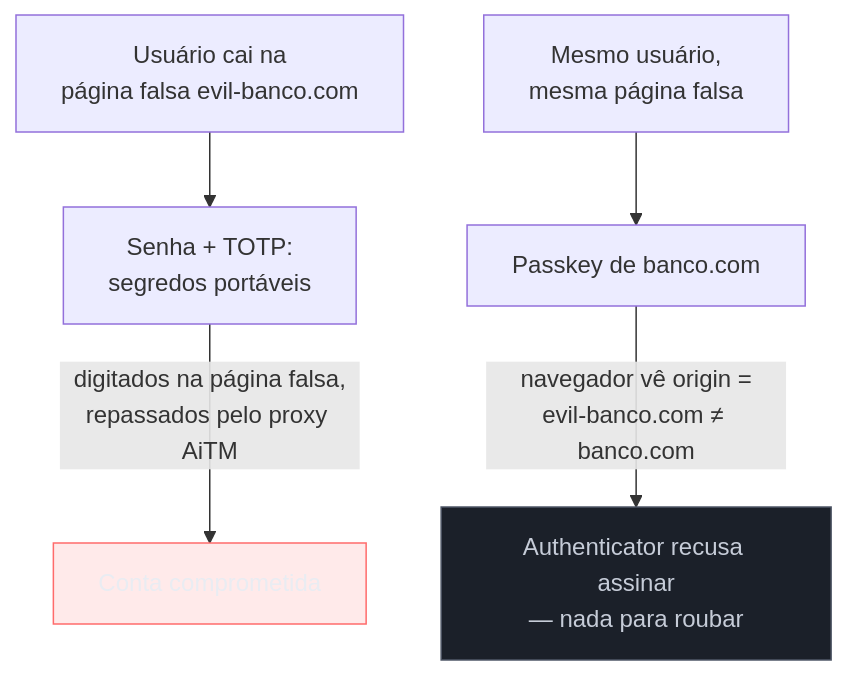
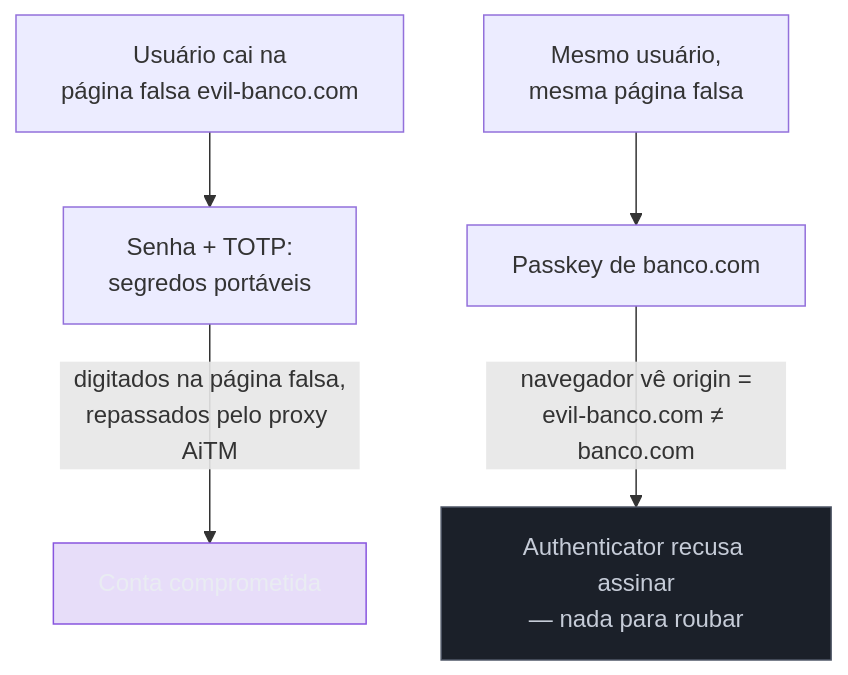
One commit to josenaldo/codex-technomanticus changed the second of 6 diagrams in 03-Dominios/Engenharia/Auth e Identidade/1 - Fundamentos de identidade/05 - Passkeys e WebAuthn — o presente sem senha.md. Above: the diagram before and after it, drawn with Mermaid. The commit also changed 601 other files, not shown here.

````diff
--- a/03-Dominios/Engenharia/Auth e Identidade/1 - Fundamentos de identidade/05 - Passkeys e WebAuthn — o presente sem senha.md
+++ b/03-Dominios/Engenharia/Auth e Identidade/1 - Fundamentos de identidade/05 - Passkeys e WebAuthn — o presente sem senha.md
@@ -78,13 +78,13 @@
 ```mermaid
 graph TD
-    classDef falha fill:#FF6B6B24,stroke:#FF6B6B,color:#E9ECF2
+    classDef marca fill:#8855DF33,stroke:#8855DF,color:#E9ECF2
     classDef neutro fill:#1B2029,stroke:#4E5666,color:#C6CCD8
     U["Usuário cai na<br/>página falsa evil-banco.com"] --> S["Senha + TOTP:<br/>segredos portáveis"]
     S -->|"digitados na página falsa,<br/>repassados pelo proxy AiTM"| ATO1["Conta comprometida"]
 
     U2["Mesmo usuário,<br/>mesma página falsa"] --> P["Passkey de banco.com"]
     P -->|"navegador vê origin =<br/>evil-banco.com ≠ banco.com"| Block["Authenticator recusa assinar<br/>— nada para roubar"]
 
-    class ATO1 falha
+    class ATO1 marca
     class Block neutro
 ```
````
